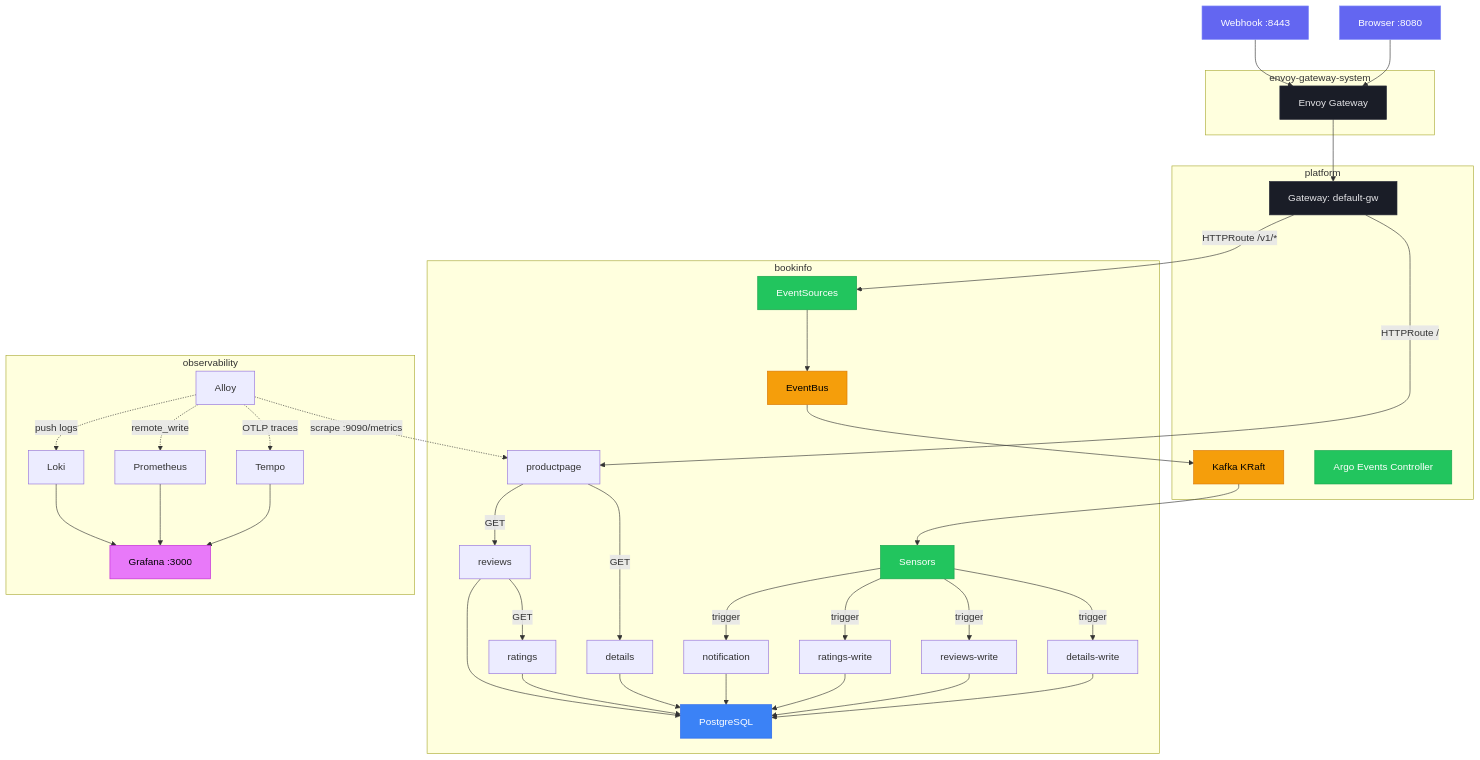
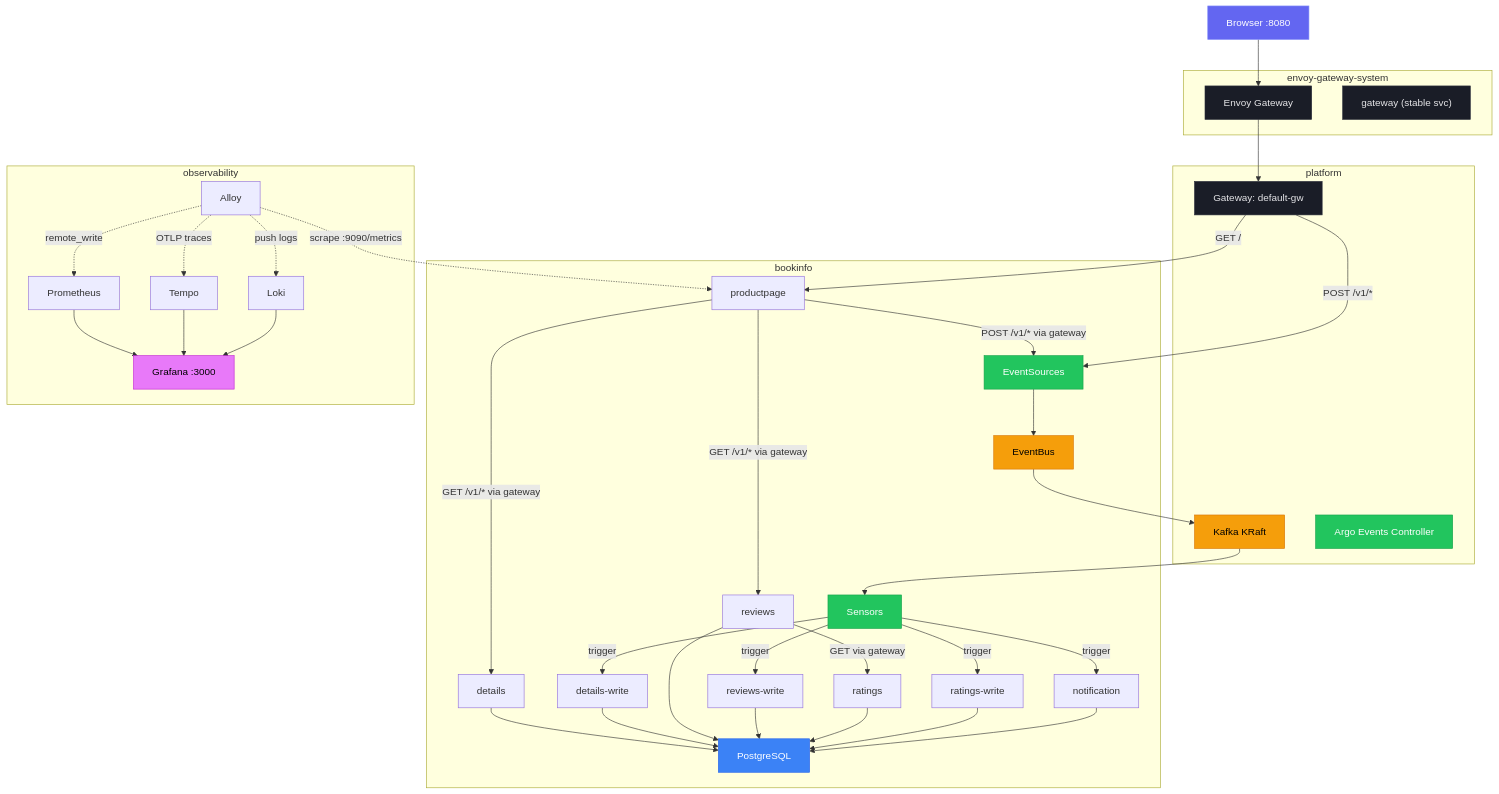
One commit to kaio6fellipe/event-driven-bookinfo changed the third of 3 diagrams in README.md. Above: the diagram before and after it, drawn with Mermaid. The commit also changed other lines of this file, not shown here.

Commit message:
docs: update README for single-port CQRS gateway routing

````diff
--- a/README.md
+++ b/README.md
@@ -272,78 +281,78 @@
 ```mermaid
 graph TD
     Browser["Browser :8080"]
-    Webhook["Webhook :8443"]
 
     subgraph envoy-gateway-system
         EG["Envoy Gateway"]
+        GWSvc["gateway (stable svc)"]
     end
 
     subgraph platform
         GW["Gateway: default-gw"]
         Kafka["Kafka KRaft"]
         ArgoCtrl["Argo Events Controller"]
     end
 
     subgraph bookinfo
         PP["productpage"]
 
         DR["details"]
         RR["reviews"]
         RTR["ratings"]
 
         DW["details-write"]
         RW["reviews-write"]
         RTW["ratings-write"]
         N["notification"]
 
         ES["EventSources"]
         EB["EventBus"]
         S["Sensors"]
 
         PG["PostgreSQL"]
     end
 
     subgraph observability
         Alloy["Alloy"]
         Prom["Prometheus"]
         Tempo["Tempo"]
         Loki["Loki"]
         Grafana["Grafana :3000"]
     end
 
     Browser --> EG --> GW
-    GW -->|"HTTPRoute /"| PP
-    PP -->|GET| DR
-    PP -->|GET| RR
-    RR -->|GET| RTR
+    GW -->|"GET /"| PP
+    GW -->|"POST /v1/*"| ES
+    PP -->|"GET /v1/* via gateway"| DR
+    PP -->|"GET /v1/* via gateway"| RR
+    PP -->|"POST /v1/* via gateway"| ES
+    RR -->|"GET via gateway"| RTR
 
-    Webhook --> EG
-    GW -->|"HTTPRoute /v1/*"| ES
     ES --> EB
     EB --> Kafka
     Kafka --> S
     S -->|trigger| DW
     S -->|trigger| RW
     S -->|trigger| RTW
     S -->|trigger| N
 
     DR & DW & RR & RW & RTR & RTW & N --> PG
 
     Alloy -.->|scrape :9090/metrics| PP
     Alloy -.->|OTLP traces| Tempo
     Alloy -.->|remote_write| Prom
     Alloy -.->|push logs| Loki
     Prom & Tempo & Loki --> Grafana
 
     style Browser fill:#6366f1,color:#fff,stroke:#818cf8
-    style Webhook fill:#6366f1,color:#fff,stroke:#818cf8
     style EG fill:#1a1d27,color:#e4e4e7,stroke:#2a2d3a
+    style GWSvc fill:#1a1d27,color:#e4e4e7,stroke:#2a2d3a
     style GW fill:#1a1d27,color:#e4e4e7,stroke:#2a2d3a
     style Kafka fill:#f59e0b,color:#000,stroke:#d97706
     style EB fill:#f59e0b,color:#000,stroke:#d97706
     style ES fill:#22c55e,color:#fff,stroke:#16a34a
     style S fill:#22c55e,color:#fff,stroke:#16a34a
     style ArgoCtrl fill:#22c55e,color:#fff,stroke:#16a34a
     style Grafana fill:#e879f9,color:#000,stroke:#c026d3
     style PG fill:#3b82f6,color:#fff,stroke:#2563eb
 ```
````
